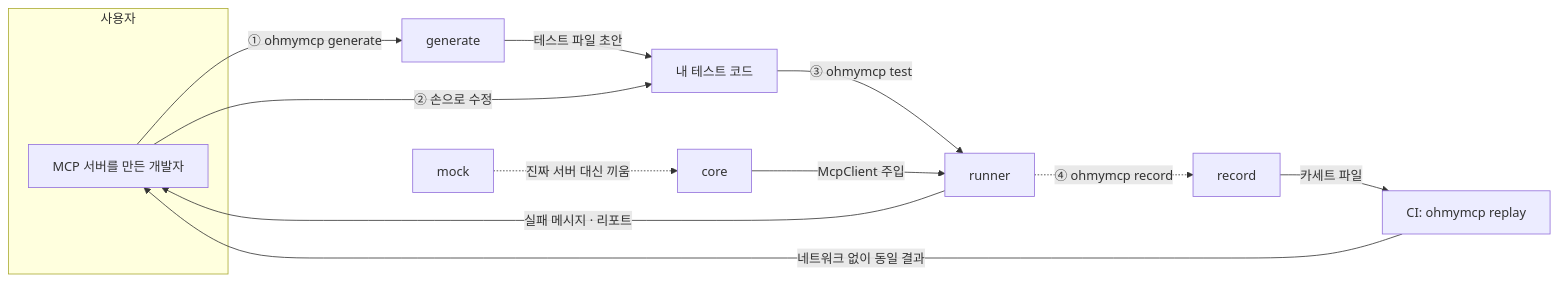
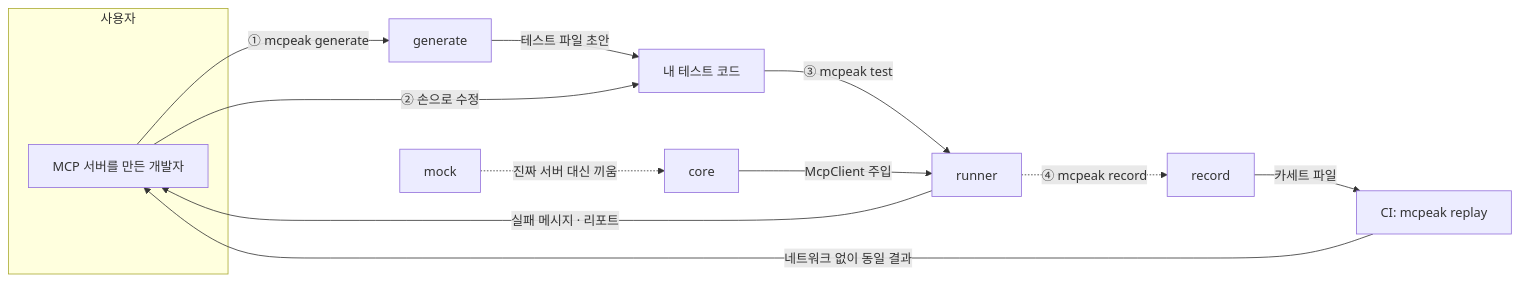
Before and after one commit to 2026-Engineering-Contest/MCPeak: the diagram in docs/architecture.md, drawn with Mermaid. The commit also changed other lines of this file and 206 other files, not shown here.

````diff
--- a/docs/architecture.md
+++ b/docs/architecture.md
@@ -8,20 +8,20 @@
 ```mermaid
 flowchart LR
   subgraph 사용자
     U[MCP 서버를 만든 개발자]
   end
 
-  U -->|① ohmymcp generate| G[generate]
+  U -->|① mcpeak generate| G[generate]
   G -->|테스트 파일 초안| E[내 테스트 코드]
   U -->|② 손으로 수정| E
 
-  E -->|③ ohmymcp test| R[runner]
+  E -->|③ mcpeak test| R[runner]
   C[core] -->|McpClient 주입| R
   R -->|실패 메시지 · 리포트| U
 
-  R -.->|④ ohmymcp record| RC[record]
-  RC -->|카세트 파일| CI[CI: ohmymcp replay]
+  R -.->|④ mcpeak record| RC[record]
+  RC -->|카세트 파일| CI[CI: mcpeak replay]
   CI -->|네트워크 없이 동일 결과| U
 
   M[mock] -.->|진짜 서버 대신 끼움| C
 ```
````
